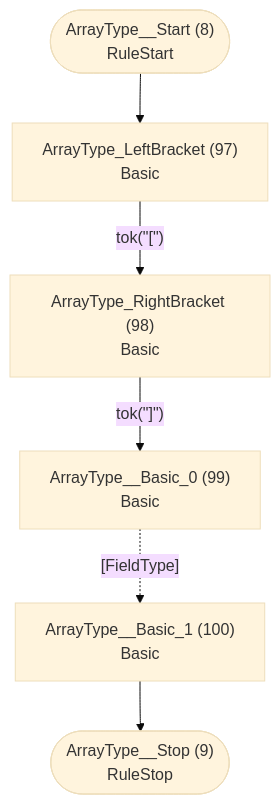
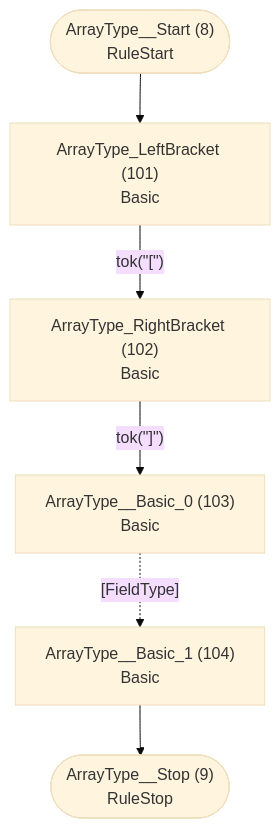
The fifth of 26 diagrams in internal/grammar/atn.md (TypeFox/fastbelt), drawn with Mermaid (base theme) before and after one commit. The commit also changed other lines of this file and 51 other files, not shown here.

````diff
--- a/internal/grammar/atn.md
+++ b/internal/grammar/atn.md
@@ -149,15 +154,15 @@
 ```mermaid
 flowchart TD
     q8(["ArrayType__Start (8)<br/>RuleStart"])
     q9(["ArrayType__Stop (9)<br/>RuleStop"])
-    q97["ArrayType_LeftBracket (97)<br/>Basic<br/>"]
-    q98["ArrayType_RightBracket (98)<br/>Basic<br/>"]
-    q99["ArrayType__Basic_0 (99)<br/>Basic<br/>"]
-    q100["ArrayType__Basic_1 (100)<br/>Basic<br/>"]
+    q101["ArrayType_LeftBracket (101)<br/>Basic<br/>"]
+    q102["ArrayType_RightBracket (102)<br/>Basic<br/>"]
+    q103["ArrayType__Basic_0 (103)<br/>Basic<br/>"]
+    q104["ArrayType__Basic_1 (104)<br/>Basic<br/>"]
 
-    q8 --> q97
-    q97 -->|"tok(&quot;[&quot;)"| q98
-    q98 -->|"tok(&quot;]&quot;)"| q99
-    q99 -.->|"[FieldType]"| q100
-    q100 --> q9
+    q8 --> q101
+    q101 -->|"tok(&quot;[&quot;)"| q102
+    q102 -->|"tok(&quot;]&quot;)"| q103
+    q103 -.->|"[FieldType]"| q104
+    q104 --> q9
 ```
````
